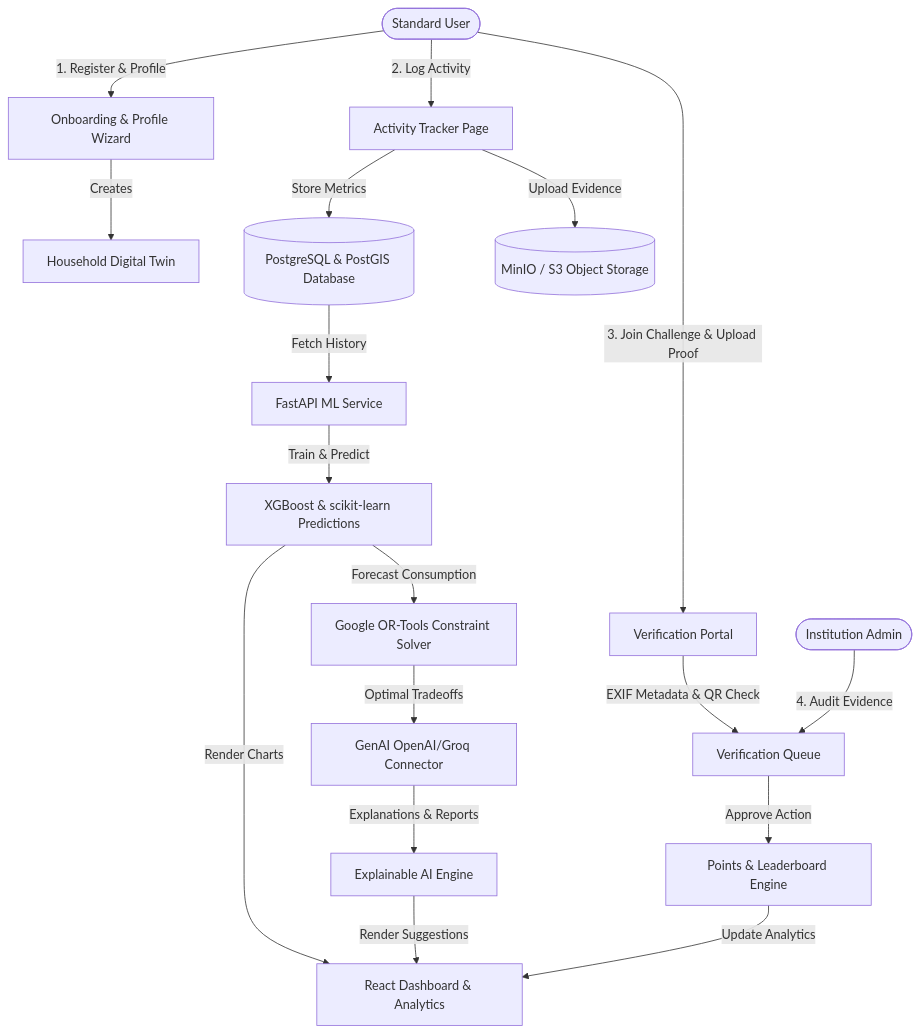
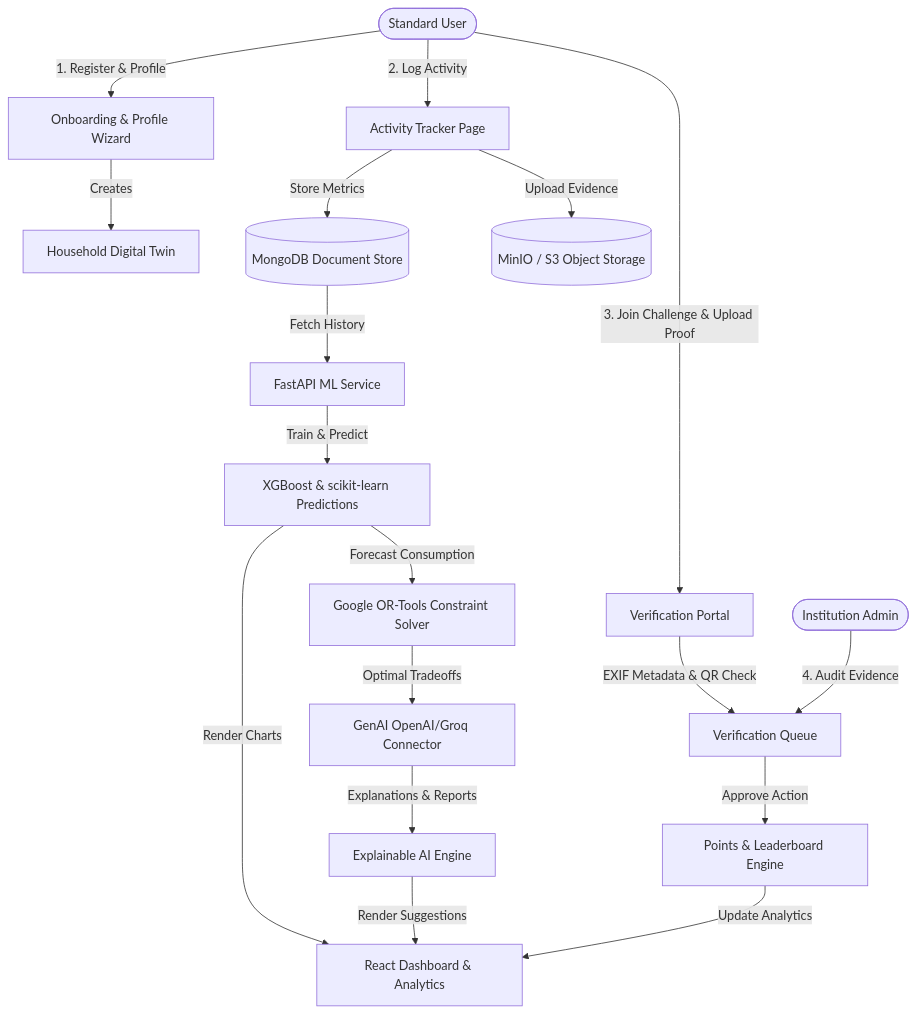
One commit to TheOrionGD/VerdantIQ changed the diagram in Deliverable/EcoSphere_System_Workflow_and_Pages.md. Above: the diagram before and after it, drawn with Mermaid. The commit also changed other lines of this file and 106 other files, not shown here.

Commit message:
feat: implement backend service architecture and ML service components while removing docker-compose configuration.

````diff
--- a/Deliverable/EcoSphere_System_Workflow_and_Pages.md
+++ b/Deliverable/EcoSphere_System_Workflow_and_Pages.md
@@ -23,35 +27,35 @@
 ```mermaid
 graph TD
     %% Roles
     User([Standard User])
     InstAdmin([Institution Admin])
     
     %% Input and Tracking
     User -->|1. Register & Profile| Onboarding[Onboarding & Profile Wizard]
     Onboarding -->|Creates| Twin[Household Digital Twin]
     User -->|2. Log Activity| Log[Activity Tracker Page]
     
     %% Data Tier
-    Log -->|Store Metrics| DB[(PostgreSQL & PostGIS Database)]
+    Log -->|Store Metrics| DB[(MongoDB Document Store)]
     Log -->|Upload Evidence| S3[(MinIO / S3 Object Storage)]
     
     %% Machine Learning & Optimization Services
     DB -->|Fetch History| MLService[FastAPI ML Service]
     MLService -->|Train & Predict| Predictions[XGBoost & scikit-learn Predictions]
     Predictions -->|Forecast Consumption| OptEngine[Google OR-Tools Constraint Solver]
     
     %% AI & Generation
     OptEngine -->|Optimal Tradeoffs| GenAI[GenAI OpenAI/Groq Connector]
     GenAI -->|Explanations & Reports| ExplainPanel[Explainable AI Engine]
     
     %% Frontend Rendering
     Predictions -->|Render Charts| UI[React Dashboard & Analytics]
     ExplainPanel -->|Render Suggestions| UI
     
     %% Challenge & Verification Loop
     User -->|3. Join Challenge & Upload Proof| VerifyPortal[Verification Portal]
     VerifyPortal -->|EXIF Metadata & QR Check| AuditQueue[Verification Queue]
     InstAdmin -->|4. Audit Evidence| AuditQueue
     AuditQueue -->|Approve Action| Rewards[Points & Leaderboard Engine]
     Rewards -->|Update Analytics| UI
 ```
````
